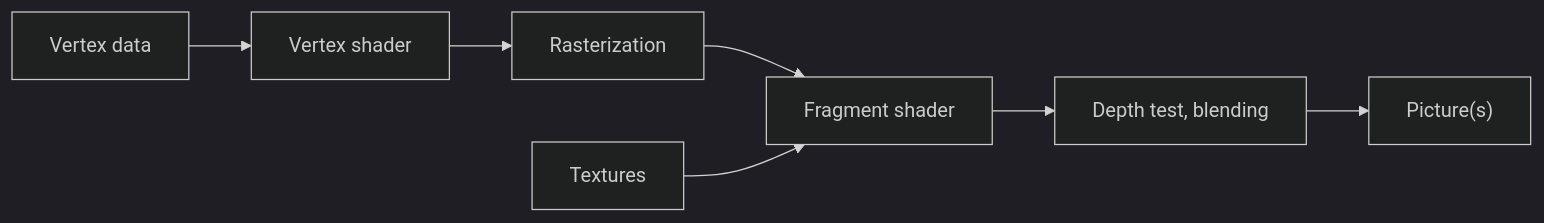
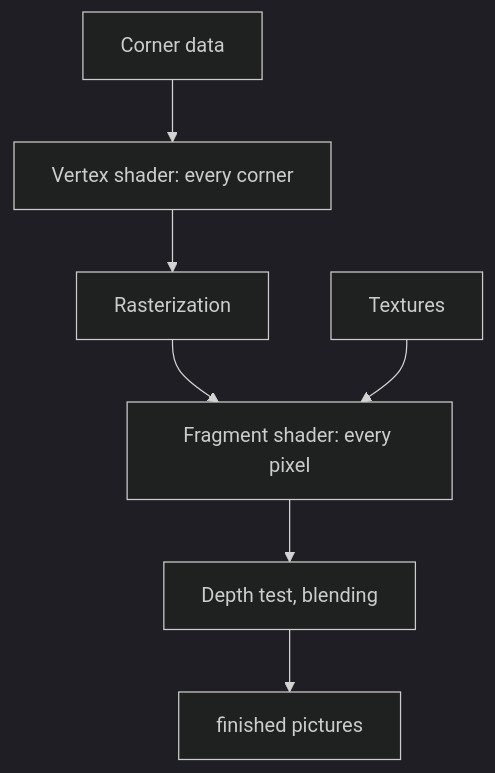
One commit to ChristianHohlfeld/kernengine.de changed the second of 4 diagrams in kern/docs/book-green/B-rendering.md. Above: the diagram before and after it, drawn with Mermaid (dark theme). The commit also changed other lines of this file and 22 other files, not shown here.

````diff
--- a/kern/docs/book-green/B-rendering.md
+++ b/kern/docs/book-green/B-rendering.md
@@ -171,9 +241,10 @@
 ```mermaid
-flowchart LR
-  VB["Vertex data"] --> VS["Vertex shader"]
+%% Caption: The graphics card's assembly line for one draw call
+flowchart TB
+  VB["Corner data"] --> VS["Vertex shader: every corner"]
   VS --> R["Rasterization"]
-  R --> FS["Fragment shader"]
+  R --> FS["Fragment shader: every pixel"]
   T["Textures"] --> FS
   FS --> D["Depth test, blending"]
-  D --> FB["Picture(s)"]
+  D --> FB["finished pictures"]
 ```
````
